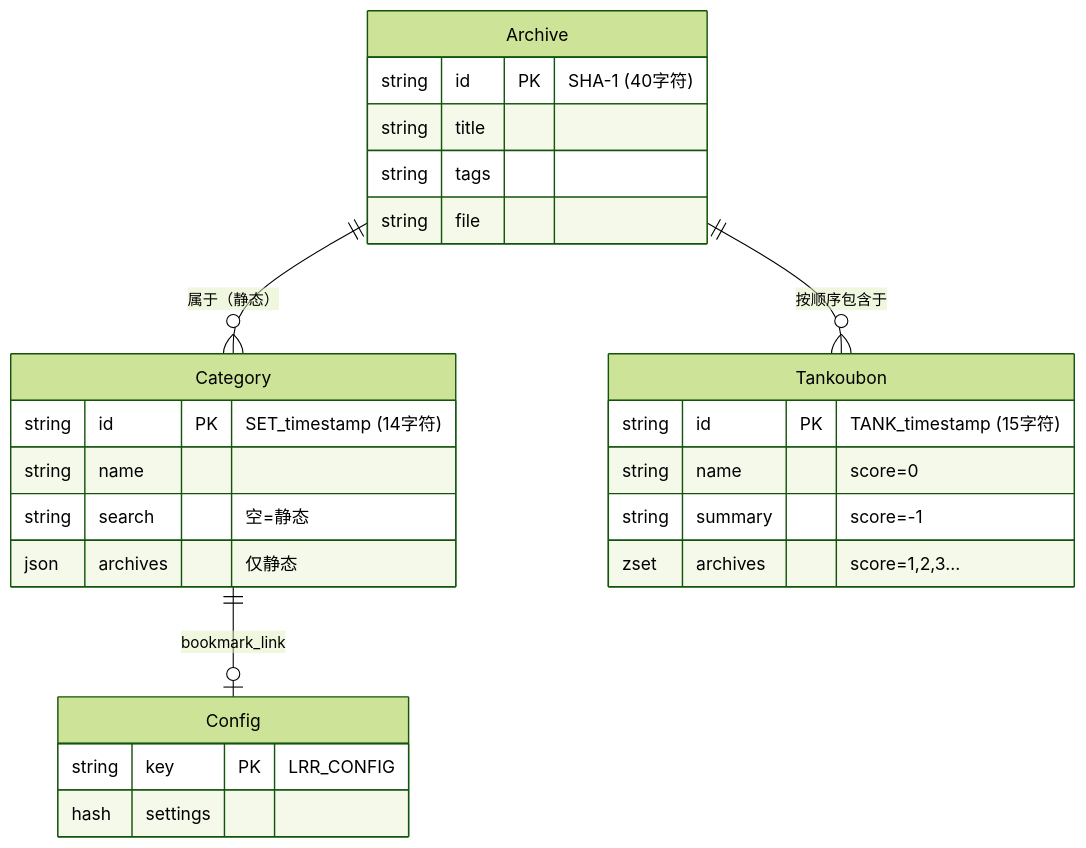
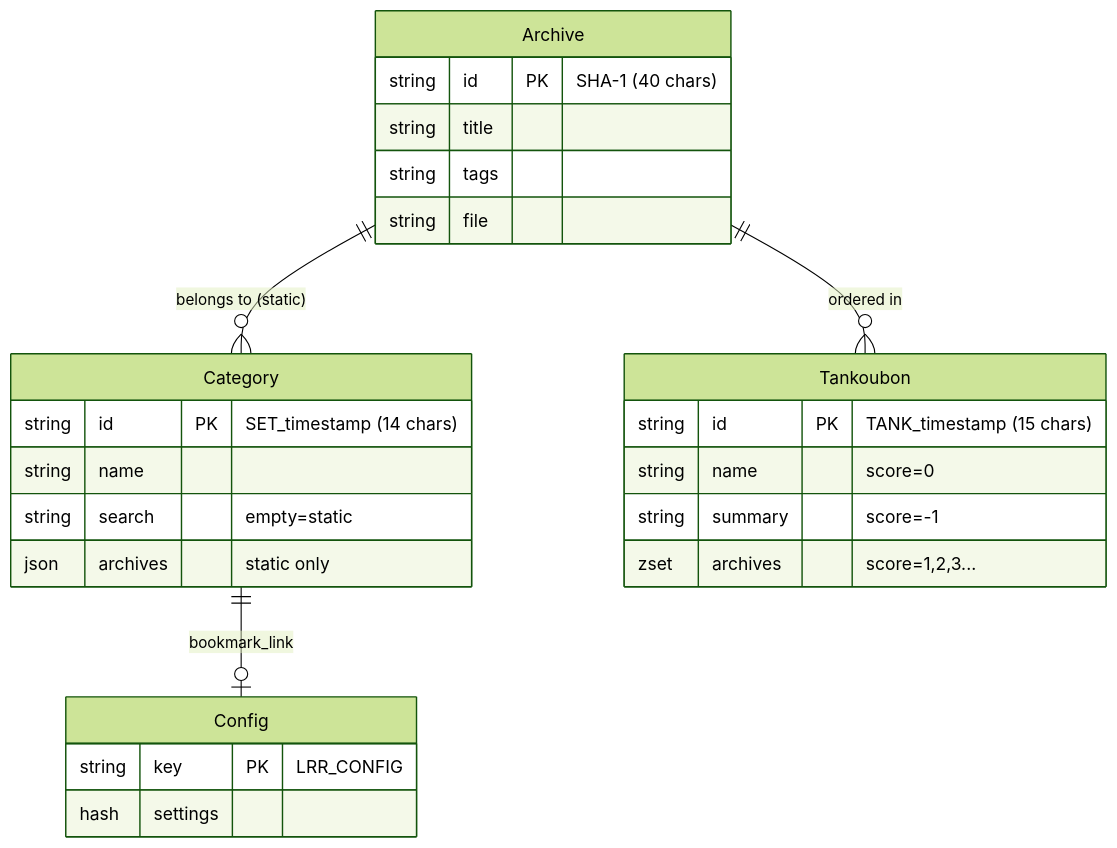
Before and after one commit to OborozukiNoYume/LANraragi: the diagram in docs/zh-CN/01_data_layer.md, drawn with Mermaid (forest theme). The commit also changed other lines of this file and 7 other files, not shown here.

````diff
--- a/docs/zh-CN/01_data_layer.md
+++ b/docs/zh-CN/01_data_layer.md
@@ -166,32 +166,32 @@
 ```mermaid
 erDiagram
-    Archive ||--o{ Category : "属于（静态）"
-    Archive ||--o{ Tankoubon : "按顺序包含于"
+    Archive ||--o{ Category : "belongs to (static)"
+    Archive ||--o{ Tankoubon : "ordered in"
     Category ||--o| Config : "bookmark_link"
     
     Archive {
-        string id PK "SHA-1 (40字符)"
+        string id PK "SHA-1 (40 chars)"
         string title
         string tags
         string file
     }
     
     Category {
-        string id PK "SET_timestamp (14字符)"
+        string id PK "SET_timestamp (14 chars)"
         string name
-        string search "空=静态"
-        json archives "仅静态"
+        string search "empty=static"
+        json archives "static only"
     }
     
     Tankoubon {
-        string id PK "TANK_timestamp (15字符)"
+        string id PK "TANK_timestamp (15 chars)"
         string name "score=0"
         string summary "score=-1"
         zset archives "score=1,2,3..."
     }
     
     Config {
         string key PK "LRR_CONFIG"
         hash settings
     }
 ```
````
